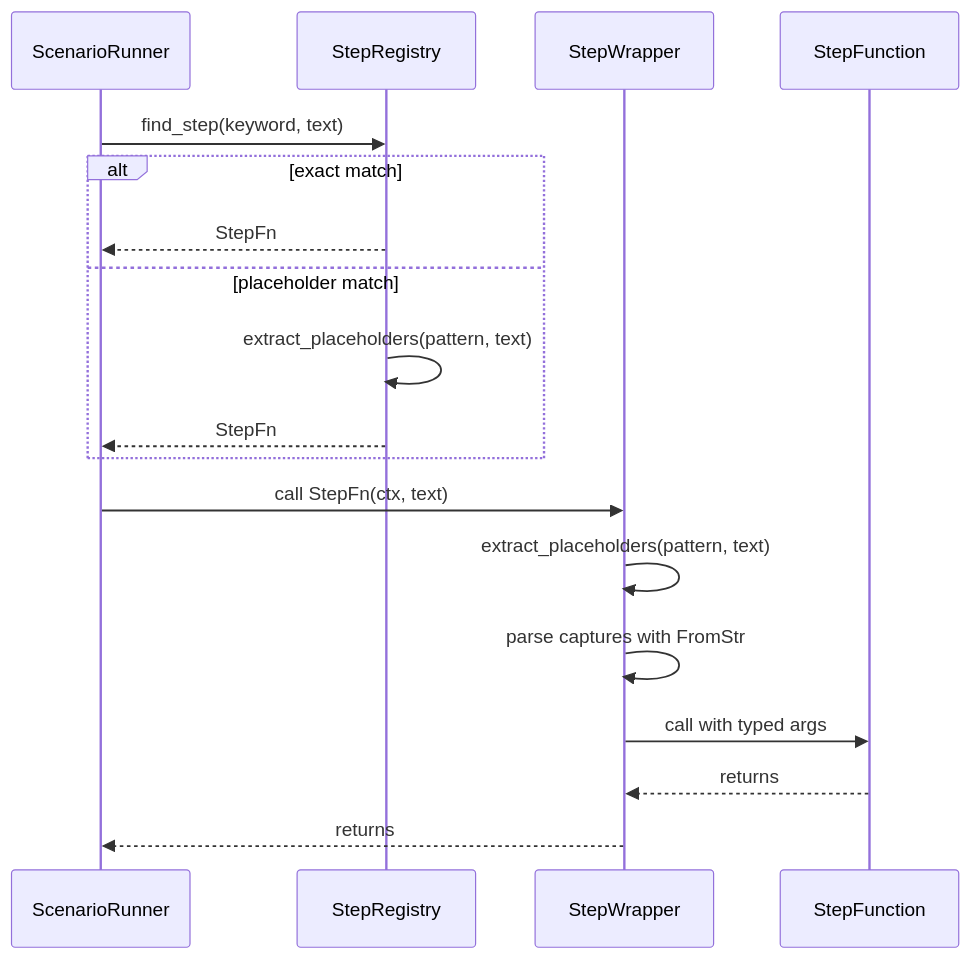
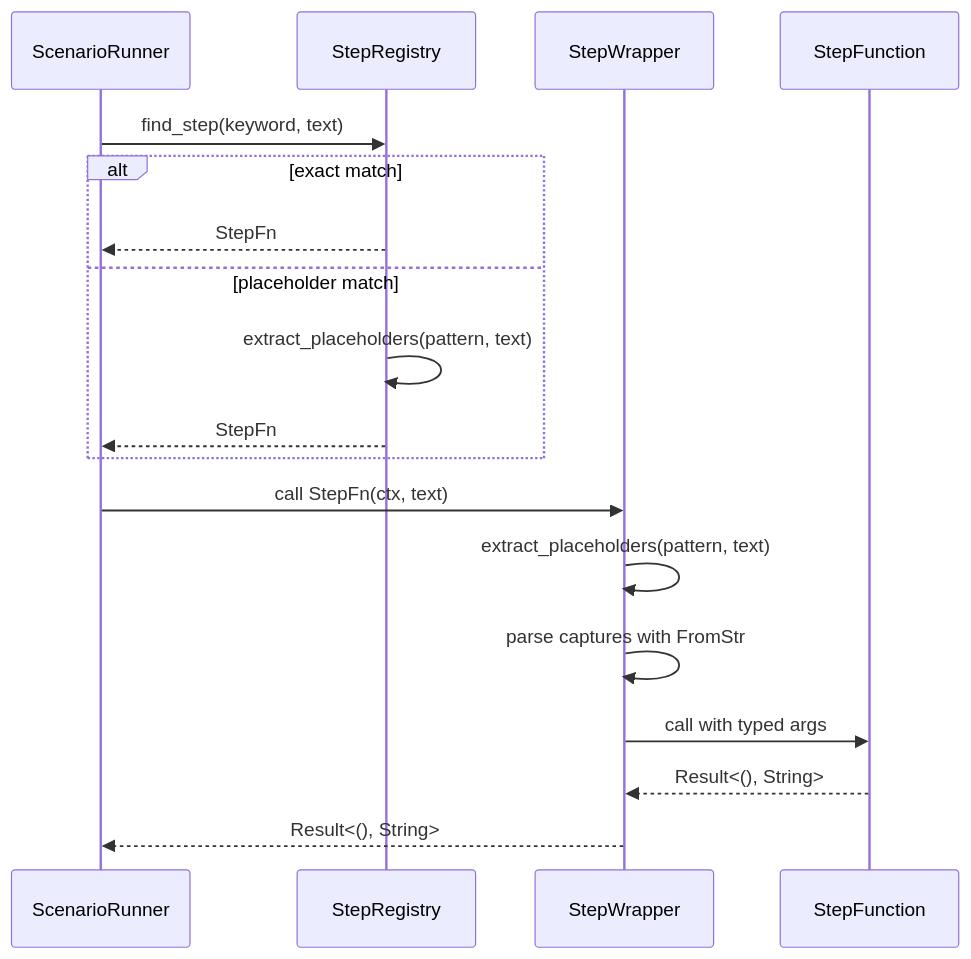
Before and after one commit to leynos/rstest-bdd: the third of 3 diagrams in docs/rstest-bdd-design.md, drawn with Mermaid. The commit also changed other lines of this file and 4 other files, not shown here.

Commit message:
Propagate step errors with Result

````diff
--- a/docs/rstest-bdd-design.md
+++ b/docs/rstest-bdd-design.md
@@ -874,21 +876,21 @@
 ```mermaid
 sequenceDiagram
     participant ScenarioRunner
     participant StepRegistry
     participant StepWrapper
     participant StepFunction
 
     ScenarioRunner->>StepRegistry: find_step(keyword, text)
     alt exact match
         StepRegistry-->>ScenarioRunner: StepFn
     else placeholder match
         StepRegistry->>StepRegistry: extract_placeholders(pattern, text)
         StepRegistry-->>ScenarioRunner: StepFn
     end
     ScenarioRunner->>StepWrapper: call StepFn(ctx, text)
     StepWrapper->>StepWrapper: extract_placeholders(pattern, text)
     StepWrapper->>StepWrapper: parse captures with FromStr
     StepWrapper->>StepFunction: call with typed args
-    StepFunction-->>StepWrapper: returns
-    StepWrapper-->>ScenarioRunner: returns
+    StepFunction-->>StepWrapper: Result<(), String>
+    StepWrapper-->>ScenarioRunner: Result<(), String>
 ```
````
